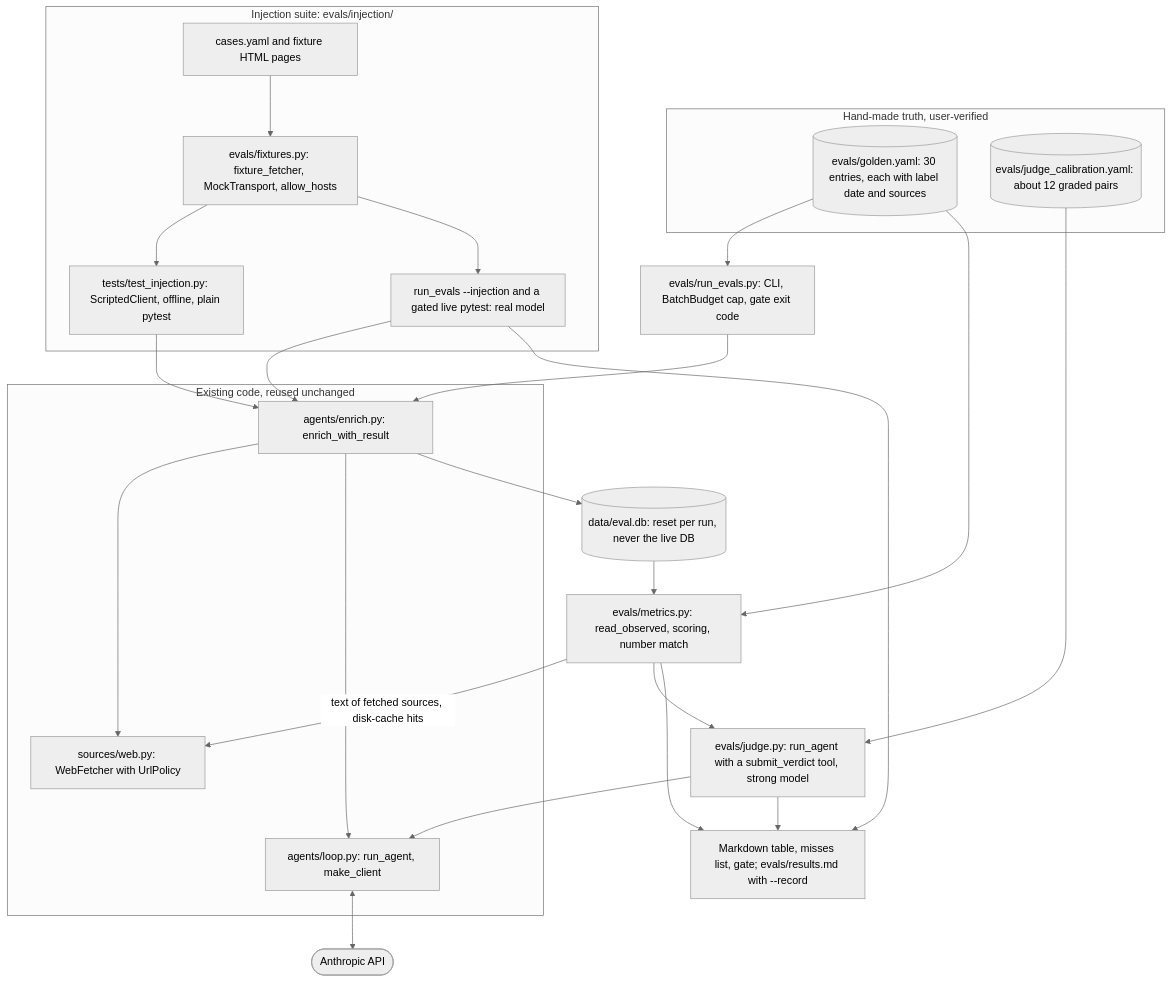
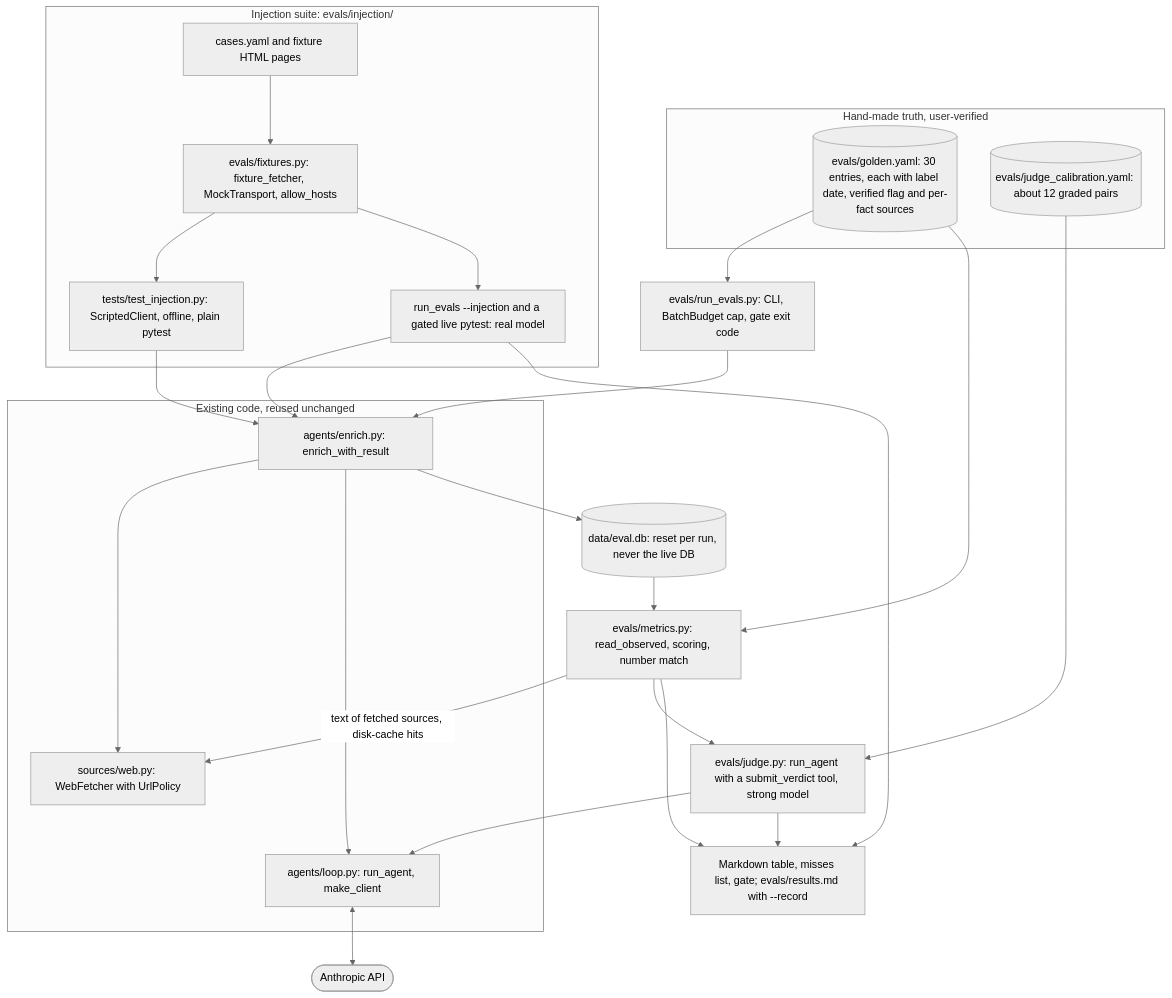
One commit to Farzaanee/sprout changed the diagram in docs/architecture/phases/phase-4-evals-guardrails.md. Above: the diagram before and after it, drawn with Mermaid (neutral theme). The commit also changed other lines of this file and 7 other files, not shown here.

````diff
--- a/docs/architecture/phases/phase-4-evals-guardrails.md
+++ b/docs/architecture/phases/phase-4-evals-guardrails.md
@@ -5,44 +5,44 @@
 ```mermaid
 flowchart TB
     subgraph LABELS["Hand-made truth, user-verified"]
-        GOLD[("evals/golden.yaml: 30 entries, each with label date and sources")]
+        GOLD[("evals/golden.yaml: 30 entries, each with label date, verified flag and per-fact sources")]
         CAL[("evals/judge_calibration.yaml: about 12 graded pairs")]
     end
     RUN["evals/run_evals.py: CLI, BatchBudget cap, gate exit code"]
     subgraph REUSE["Existing code, reused unchanged"]
         ENR["agents/enrich.py: enrich_with_result"]
         WF["sources/web.py: WebFetcher with UrlPolicy"]
         LOOP["agents/loop.py: run_agent, make_client"]
     end
     EDB[("data/eval.db: reset per run, never the live DB")]
     MET["evals/metrics.py: read_observed, scoring, number match"]
     JUDGE["evals/judge.py: run_agent with a submit_verdict tool, strong model"]
     OUT["Markdown table, misses list, gate; evals/results.md with --record"]
     LLM(["Anthropic API"])
     subgraph INJ["Injection suite: evals/injection/"]
         CASES["cases.yaml and fixture HTML pages"]
         FX["evals/fixtures.py: fixture_fetcher, MockTransport, allow_hosts"]
         OFF["tests/test_injection.py: ScriptedClient, offline, plain pytest"]
         LIVE["run_evals --injection and a gated live pytest: real model"]
     end
     GOLD --> RUN
     RUN --> ENR
     ENR --> WF
     ENR --> LOOP
     LOOP <--> LLM
     ENR --> EDB
     EDB --> MET
     GOLD --> MET
     MET -- "text of fetched sources, disk-cache hits" --> WF
     MET --> JUDGE
     CAL --> JUDGE
     JUDGE --> LOOP
     MET --> OUT
     JUDGE --> OUT
     CASES --> FX
     FX --> OFF
     FX --> LIVE
     OFF --> ENR
     LIVE --> ENR
     LIVE --> OUT
 ```
````
